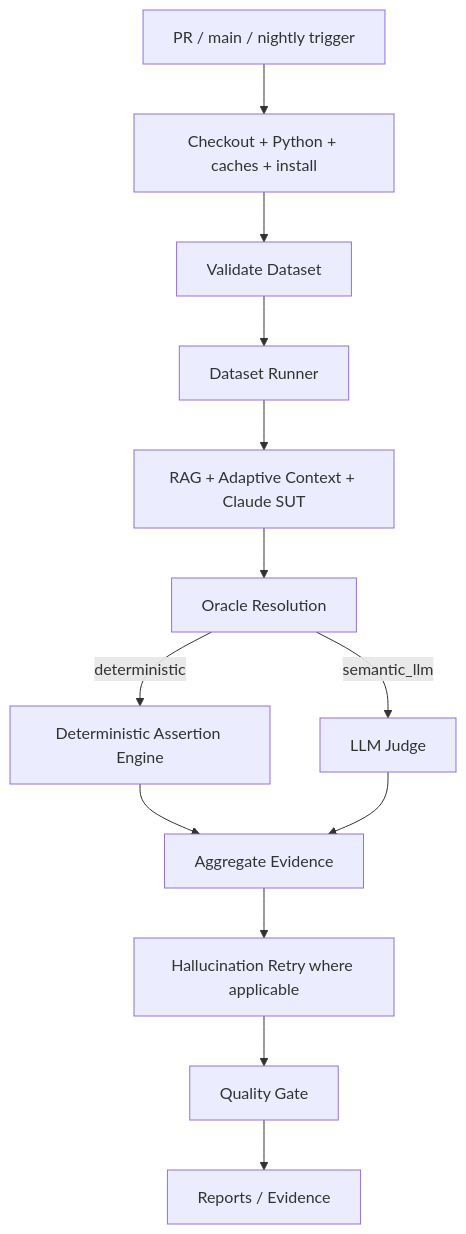
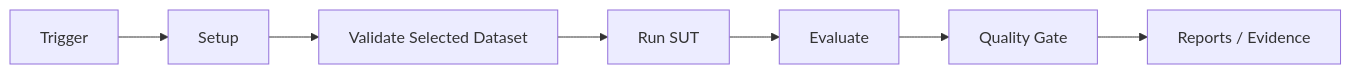
One commit to oleksandrserhieiev-beep/ai-qe-lab changed the seventh of 8 diagrams in docs/architecture.md. Above: the diagram before and after it, drawn with Mermaid. The commit also changed other lines of this file, not shown here.

Commit message:
Separate SUT evaluation validation and CI pipelines

````diff
--- a/docs/architecture.md
+++ b/docs/architecture.md
@@ -245,15 +223,9 @@
 ```mermaid
-flowchart TD
-    T[PR / main / nightly trigger] --> SETUP[Checkout + Python + caches + install]
-    SETUP --> VAL[Validate Dataset]
-    VAL --> RUN[Dataset Runner]
-    RUN --> SUT[RAG + Adaptive Context + Claude SUT]
-    SUT --> OR[Oracle Resolution]
-    OR -->|deterministic| DET[Deterministic Assertion Engine]
-    OR -->|semantic_llm| SEM[LLM Judge]
-    DET --> AGG[Aggregate Evidence]
-    SEM --> AGG
-    AGG --> RET[Hallucination Retry where applicable]
-    RET --> G[Quality Gate]
-    G --> ART[Reports / Evidence]
+flowchart LR
+    T[Trigger] --> S[Setup]
+    S --> V[Validate Selected Dataset]
+    V --> R[Run SUT]
+    R --> E[Evaluate]
+    E --> G[Quality Gate]
+    G --> A[Reports / Evidence]
 ```
````
